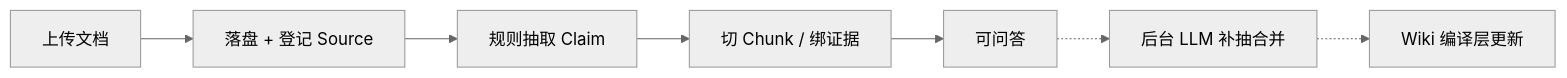
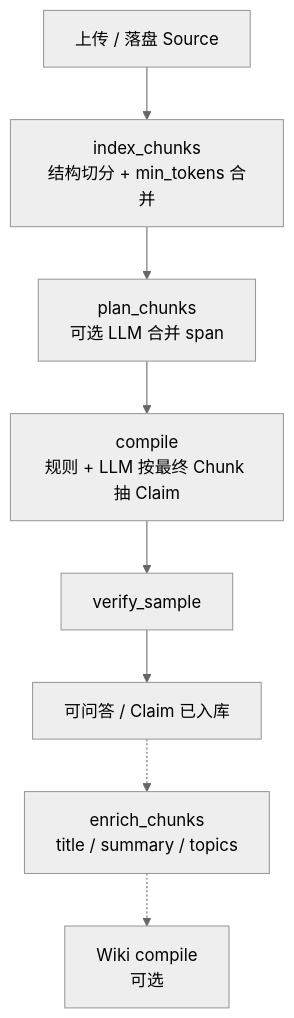
Before and after one commit to liuyanqun0815/knowledge-os: the first of 2 diagrams in README.md, drawn with Mermaid (neutral theme). The commit also changed other lines of this file and 51 other files, not shown here.

````diff
--- a/README.md
+++ b/README.md
@@ -47,9 +47,10 @@
 ```mermaid
-flowchart LR
-  A[上传文档] --> B[落盘 + 登记 Source]
-  B --> C[规则抽取 Claim]
-  C --> D[切 Chunk / 绑证据]
-  D --> E[可问答]
-  E -.-> F[后台 LLM 补抽合并]
-  F -.-> G[Wiki 编译层更新]
+flowchart TB
+  A[上传 / 落盘 Source] --> B[index_chunks<br/>结构切分 + min_tokens 合并]
+  B --> C[plan_chunks<br/>可选 LLM 合并 span]
+  C --> D[compile<br/>规则 + LLM 按最终 Chunk 抽 Claim]
+  D --> E[verify_sample]
+  E --> F[可问答 / Claim 已入库]
+  F -.-> G[enrich_chunks<br/>title / summary / topics]
+  G -.-> H[Wiki compile<br/>可选]
 ```
````
